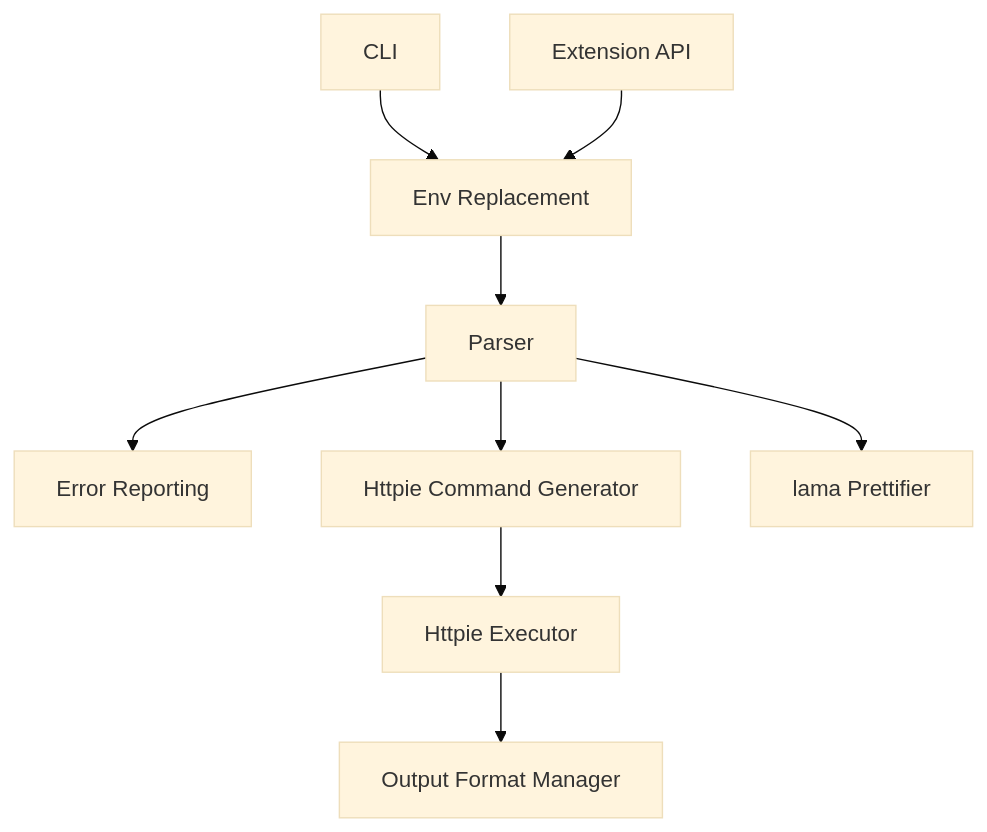
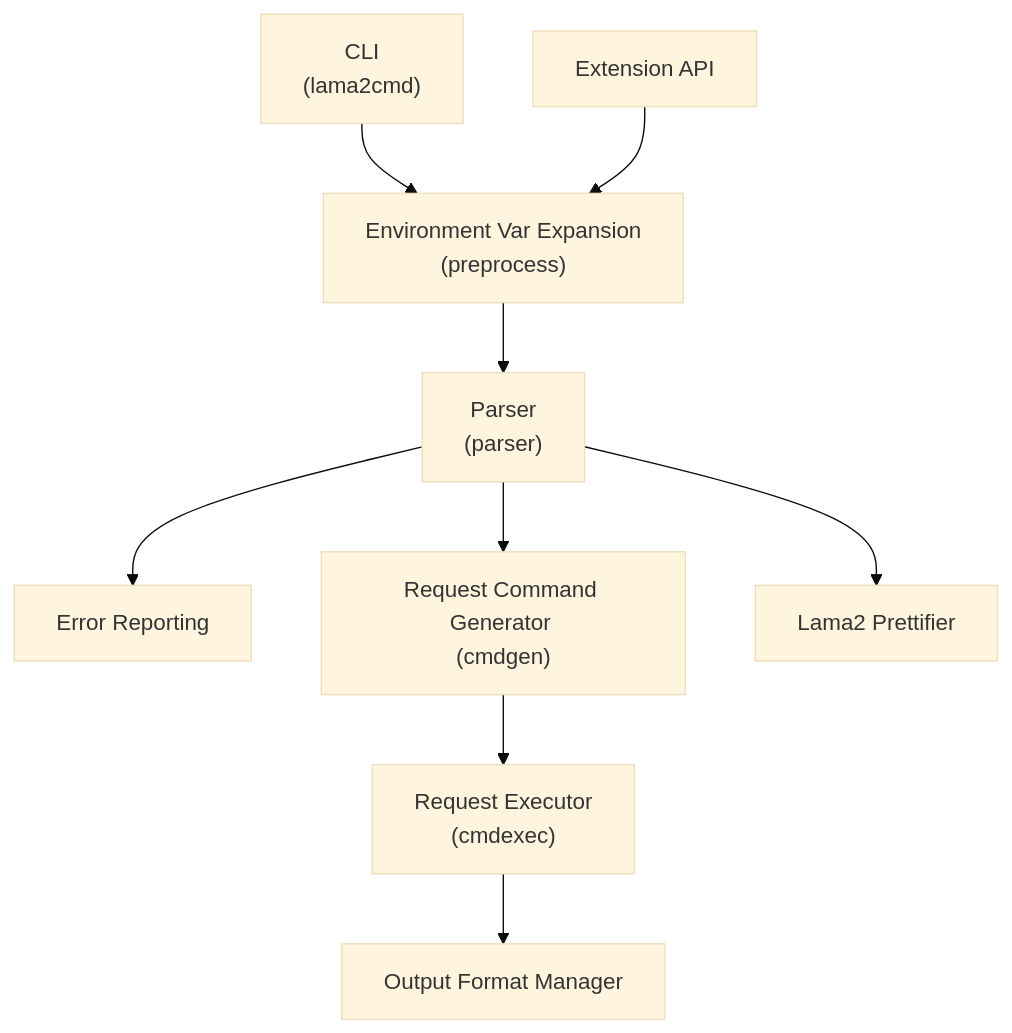
One commit to HexmosTech/Lama2 changed the diagram in docs/Lama2/docs/reference/architecture.md. Above: the diagram before and after it, drawn with Mermaid. The commit also changed 12 other files, not shown here.

````diff
--- a/docs/Lama2/docs/reference/architecture.md
+++ b/docs/Lama2/docs/reference/architecture.md
@@ -1,21 +1,21 @@
 ```mermaid
 %%{init: {'securityLevel': 'loose', 'theme':'base'}}%%
 graph TD
-	A[CLI]
-	B[Parser]	
+	A["CLI <br/>(lama2cmd)"]
+	B["Parser <br/>(parser)"]	
 	C[Extension API]
-	D[Httpie Executor]
-	E[Output Format Manager]
-	F[Error Reporting]
-	G[Env Replacement]
-	H[Httpie Command Generator]
-	I[lama Prettifier]
+	D["Request Executor <br/>(cmdexec)"]
+	E["Output Format Manager"]
+	F["Error Reporting"]
+	G["Environment Var Expansion <br/>(preprocess)"]
+	H["Request Command Generator <br/>(cmdgen)"]
+	I["Lama2 Prettifier"]
 	A --> G
 	C --> G
 	G --> B
 	B --> F
 	B --> H
 	H --> D
 	D --> E
 	B --> I
 ```
````
